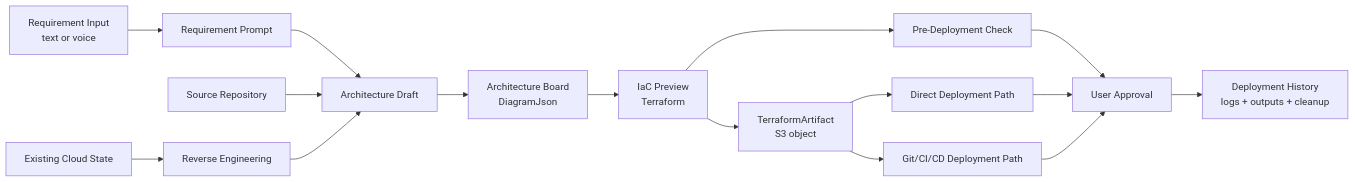
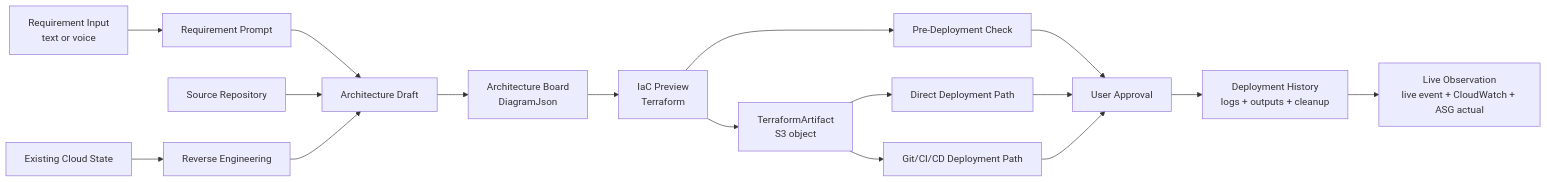
The second of 2 diagrams in docs/architecture.md (NearthYou/SketchCatch), drawn with Mermaid before and after one commit. The commit also changed other lines of this file and 140 other files, not shown here.

Commit message:
Feat: Live Observation 실시간 트래픽 이중 레일 애니메이션 구현

````diff
--- a/docs/architecture.md
+++ b/docs/architecture.md
@@ -90,18 +93,19 @@
 ```mermaid
 flowchart LR
   Input["Requirement Input\ntext or voice"] --> Prompt["Requirement Prompt"]
   Prompt --> Draft["Architecture Draft"]
   Repo["Source Repository"] --> Draft
   Existing["Existing Cloud State"] --> Reverse["Reverse Engineering"]
   Reverse --> Draft
   Draft --> Board["Architecture Board\nDiagramJson"]
   Board --> IaC["IaC Preview\nTerraform"]
   IaC --> Check["Pre-Deployment Check"]
   IaC --> Artifact["TerraformArtifact\nS3 object"]
   Artifact --> Direct["Direct Deployment Path"]
   Artifact --> Git["Git/CI/CD Deployment Path"]
   Check --> Approval["User Approval"]
   Direct --> Approval
   Git --> Approval
   Approval --> History["Deployment History\nlogs + outputs + cleanup"]
+  History --> Observe["Live Observation\nlive event + CloudWatch + ASG actual"]
 ```
````
